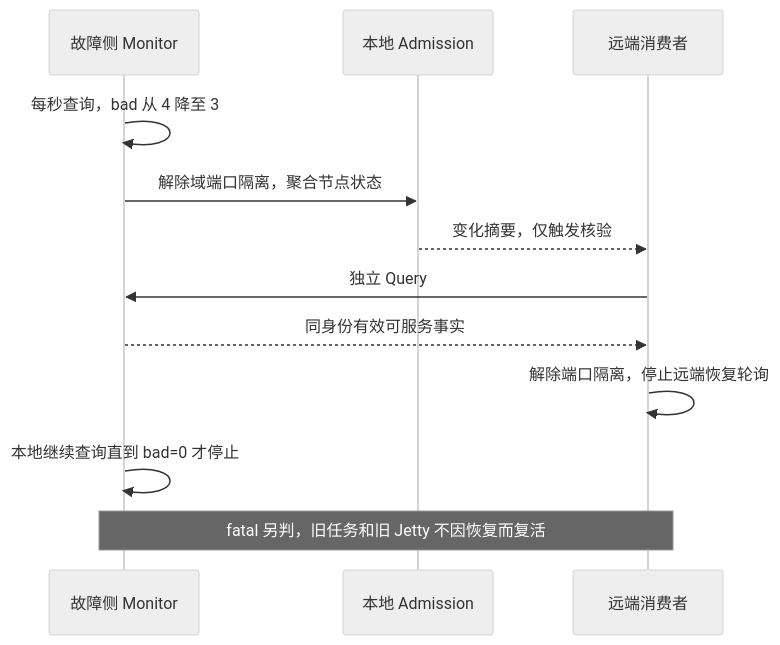
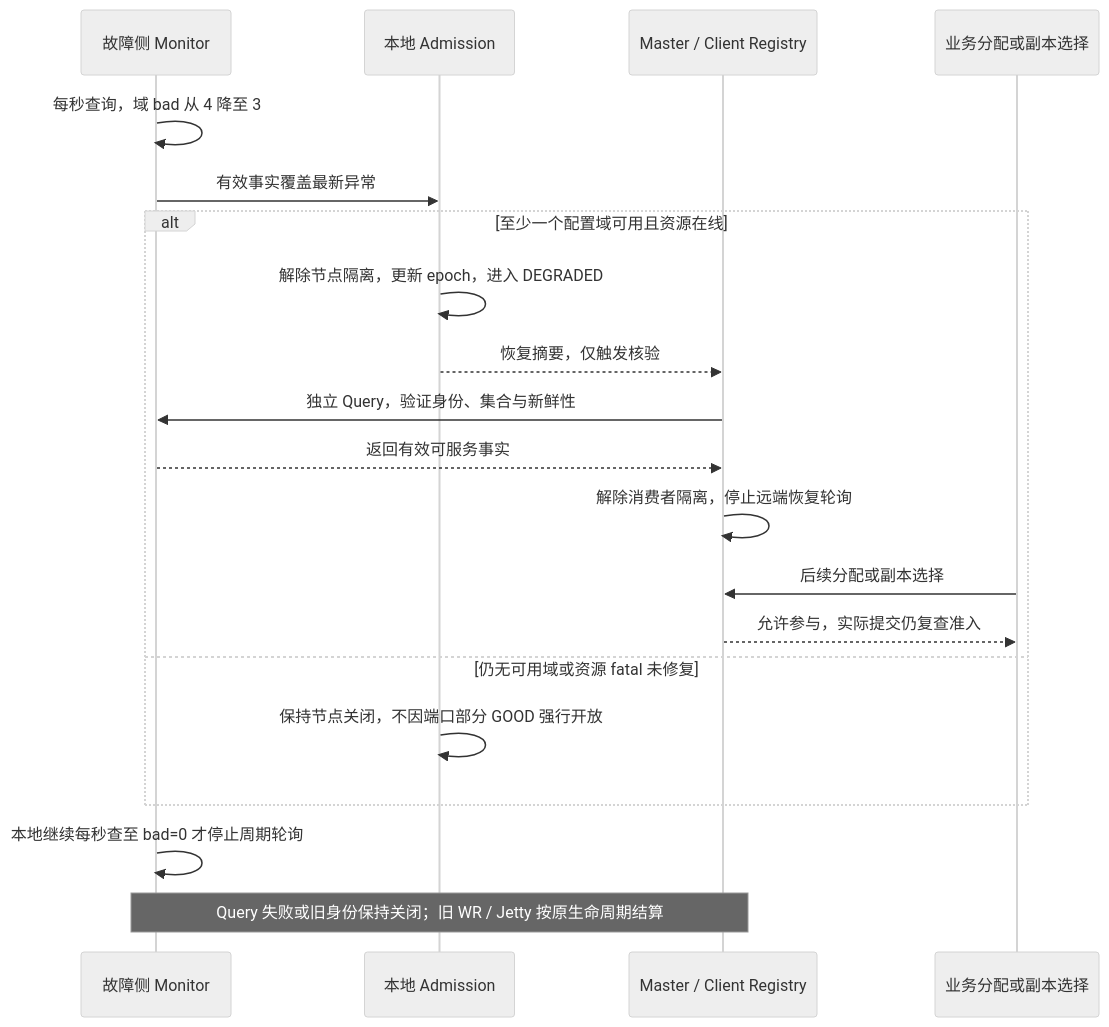
The ninth of 10 diagrams in docs/analyze/ub_fault_isolation_design.md (HangCong126/Supercache), drawn with Mermaid (neutral theme) before and after one commit. The commit also changed other lines of this file, not shown here.

Commit message:
clarify ub isolation behavior with read-write and admission sequences

````diff
--- a/docs/analyze/ub_fault_isolation_design.md
+++ b/docs/analyze/ub_fault_isolation_design.md
@@ -363,14 +491,22 @@
 ```mermaid
 sequenceDiagram
     participant H as 故障侧 Monitor
     participant A as 本地 Admission
-    participant R as 远端消费者
-    H->>H: 每秒查询，bad 从 4 降至 3
-    H->>A: 解除域端口隔离，聚合节点状态
-    A-->>R: 变化摘要，仅触发核验
-    R->>H: 独立 Query
-    H-->>R: 同身份有效可服务事实
-    R->>R: 解除端口隔离，停止远端恢复轮询
-    H->>H: 本地继续查询直到 bad=0 才停止
-    Note over H,R: fatal 另判，旧任务和旧 Jetty 不因恢复而复活
+    participant R as Master / Client Registry
+    participant B as 业务分配或副本选择
+    H->>H: 每秒查询，域 bad 从 4 降至 3
+    H->>A: 有效事实覆盖最新异常
+    alt 至少一个配置域可用且资源在线
+        A->>A: 解除节点隔离，更新 epoch，进入 DEGRADED
+        A-->>R: 恢复摘要，仅触发核验
+        R->>H: 独立 Query，验证身份、集合与新鲜性
+        H-->>R: 返回有效可服务事实
+        R->>R: 解除消费者隔离，停止远端恢复轮询
+        B->>R: 后续分配或副本选择
+        R-->>B: 允许参与，实际提交仍复查准入
+    else 仍无可用域或资源 fatal 未修复
+        A->>A: 保持节点关闭，不因端口部分 GOOD 强行开放
+    end
+    H->>H: 本地继续每秒查至 bad=0 才停止周期轮询
+    Note over H,R: Query 失败或旧身份保持关闭；旧 WR / Jetty 按原生命周期结算
 ```
````
